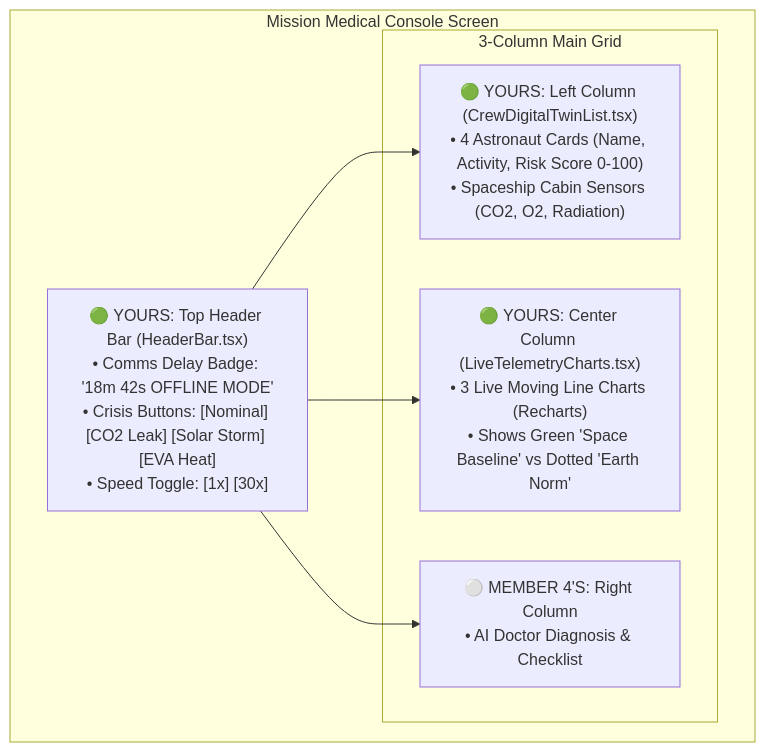
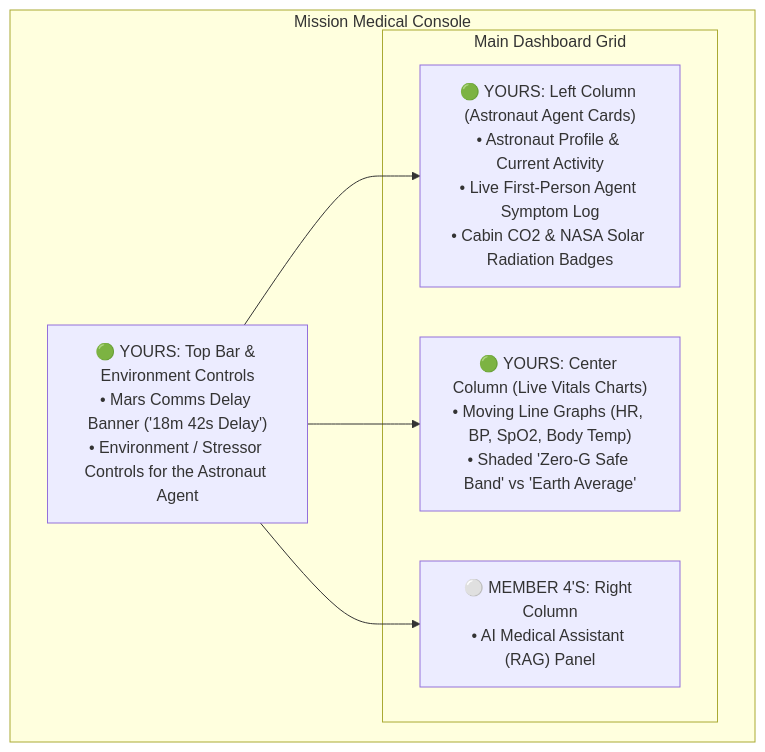
Before and after one commit to tuplahda/nasa-space-apps-2026-planning: the diagram in team-guides/MEMBER-3-GUIDE.md, drawn with Mermaid. The commit also changed other lines of this file and 12 other files, not shown here.

Commit message:
Simplify repo to clean Multi-Agent Plan (Astronaut Agent + RAG Doctor Agent + 4 Member Guides)

````diff
--- a/team-guides/MEMBER-3-GUIDE.md
+++ b/team-guides/MEMBER-3-GUIDE.md
@@ -11,14 +10,14 @@
 ```mermaid
 flowchart TD
-    subgraph SCREEN["Mission Medical Console Screen"]
-        TOP["🟢 YOURS: Top Header Bar (HeaderBar.tsx)<br/>• Comms Delay Badge: '18m 42s OFFLINE MODE'<br/>• Crisis Buttons: [Nominal] [CO2 Leak] [Solar Storm] [EVA Heat]<br/>• Speed Toggle: [1x] [30x]"]
+    subgraph DASH["Mission Medical Console"]
+        TOP["🟢 YOURS: Top Bar & Environment Controls<br/>• Mars Comms Delay Banner ('18m 42s Delay')<br/>• Environment / Stressor Controls for the Astronaut Agent"]
         
-        subgraph COLS["3-Column Main Grid"]
-            LEFT["🟢 YOURS: Left Column (CrewDigitalTwinList.tsx)<br/>• 4 Astronaut Cards (Name, Activity, Risk Score 0-100)<br/>• Spaceship Cabin Sensors (CO2, O2, Radiation)"]
-            CENTER["🟢 YOURS: Center Column (LiveTelemetryCharts.tsx)<br/>• 3 Live Moving Line Charts (Recharts)<br/>• Shows Green 'Space Baseline' vs Dotted 'Earth Norm'"]
-            RIGHT["⚪ MEMBER 4'S: Right Column<br/>• AI Doctor Diagnosis & Checklist"]
+        subgraph GRID["Main Dashboard Grid"]
+            LEFT["🟢 YOURS: Left Column (Astronaut Agent Cards)<br/>• Astronaut Profile & Current Activity<br/>• Live First-Person Agent Symptom Log<br/>• Cabin CO2 & NASA Solar Radiation Badges"]
+            CENTER["🟢 YOURS: Center Column (Live Vitals Charts)<br/>• Moving Line Graphs (HR, BP, SpO2, Body Temp)<br/>• Shaded 'Zero-G Safe Band' vs 'Earth Average'"]
+            RIGHT["⚪ MEMBER 4'S: Right Column<br/>• AI Medical Assistant (RAG) Panel"]
         end
         
         TOP --> LEFT & CENTER & RIGHT
     end
 ```
````
